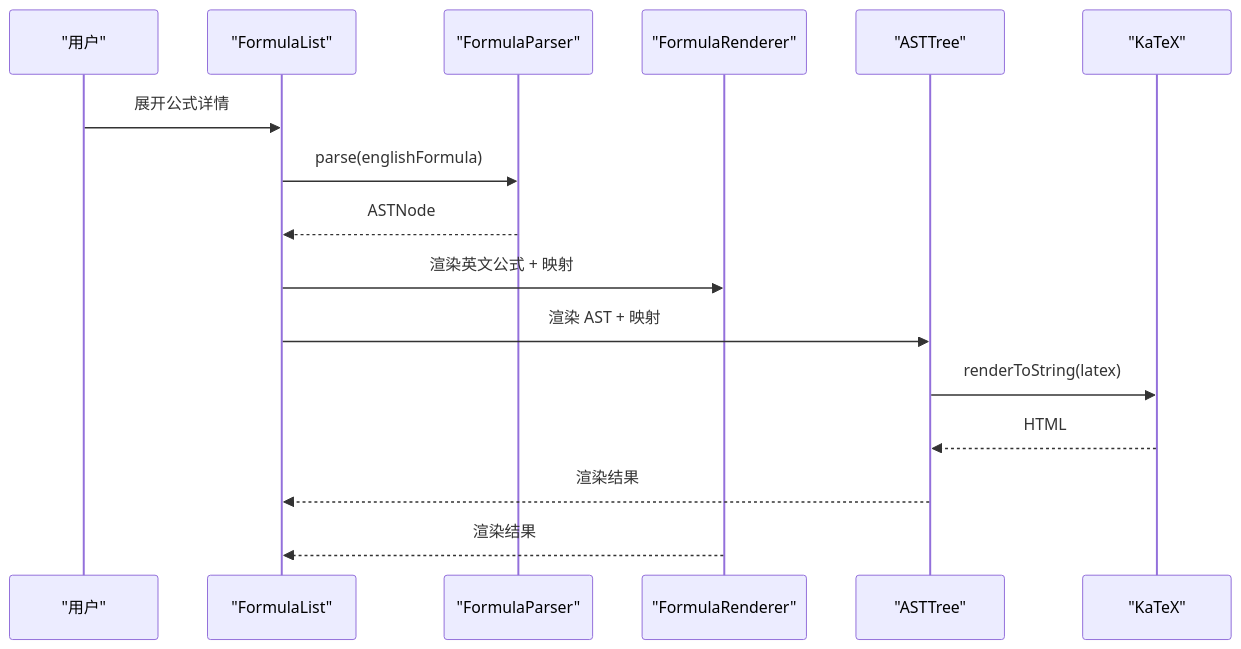
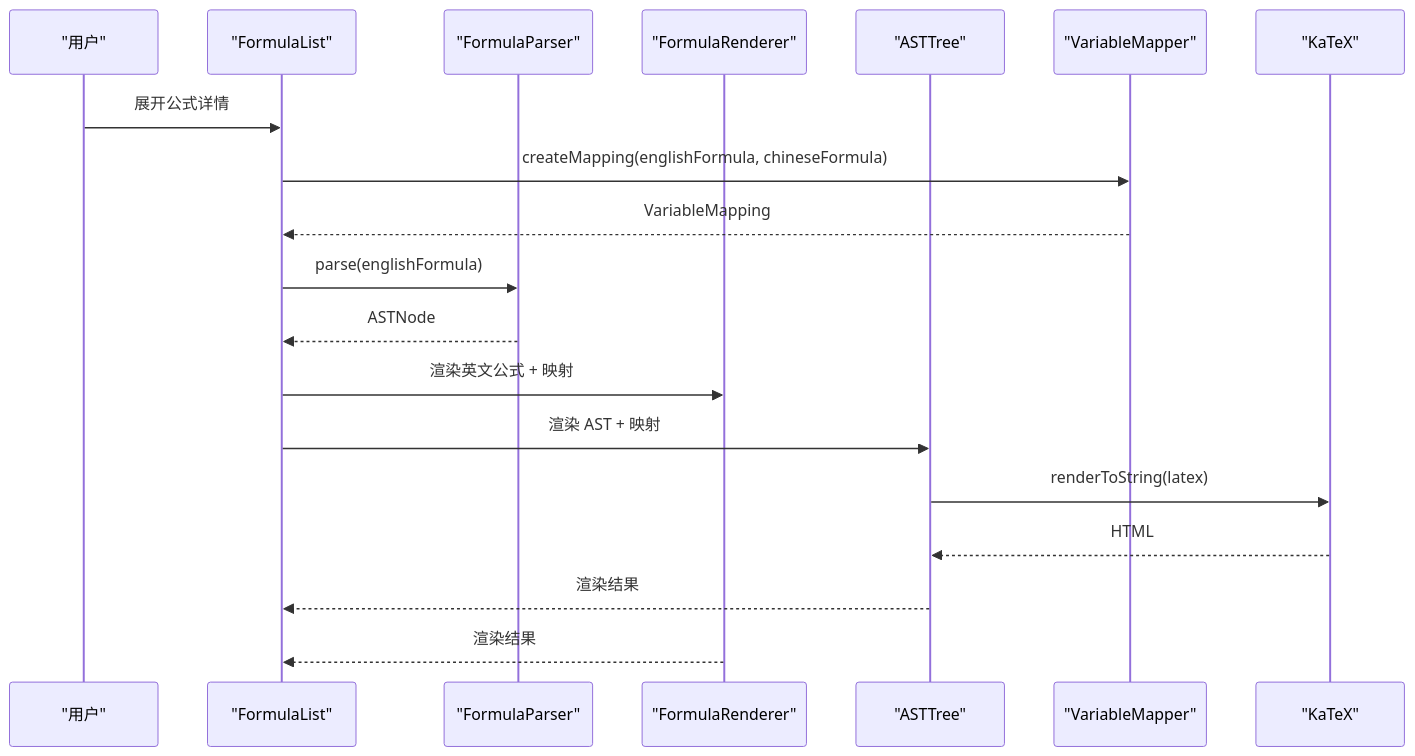
The second of 7 diagrams in .qoder/repowiki/zh/content/用户指南/可视化展示/公式渲染.md (steveyu2/formula-mapper), drawn with Mermaid before and after one commit. The commit also changed other lines of this file and 4 other files, not shown here.

````diff
--- a/.qoder/repowiki/zh/content/用户指南/可视化展示/公式渲染.md
+++ b/.qoder/repowiki/zh/content/用户指南/可视化展示/公式渲染.md
@@ -110,18 +123,21 @@
 ```mermaid
 sequenceDiagram
 participant U as "用户"
 participant FL as "FormulaList"
 participant P as "FormulaParser"
 participant FR as "FormulaRenderer"
 participant AST as "ASTTree"
+participant M as "VariableMapper"
 participant K as "KaTeX"
 U->>FL : 展开公式详情
+FL->>M : createMapping(englishFormula, chineseFormula)
+M-->>FL : VariableMapping
 FL->>P : parse(englishFormula)
 P-->>FL : ASTNode
 FL->>FR : 渲染英文公式 + 映射
 FL->>AST : 渲染 AST + 映射
 AST->>K : renderToString(latex)
 K-->>AST : HTML
 AST-->>FL : 渲染结果
 FR-->>FL : 渲染结果
 ```
````
